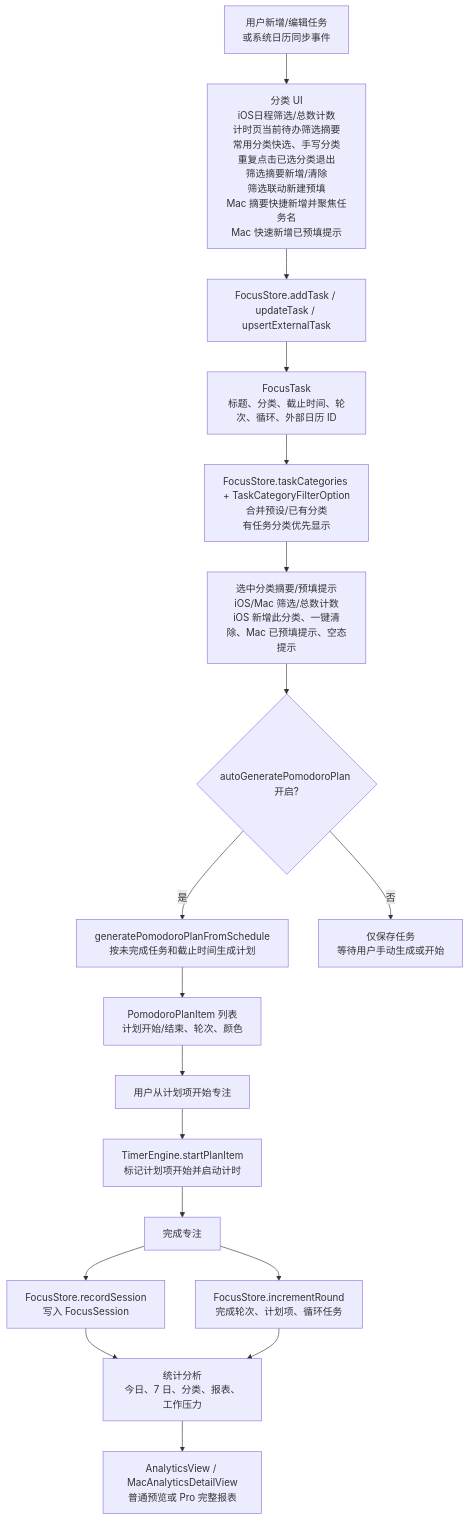
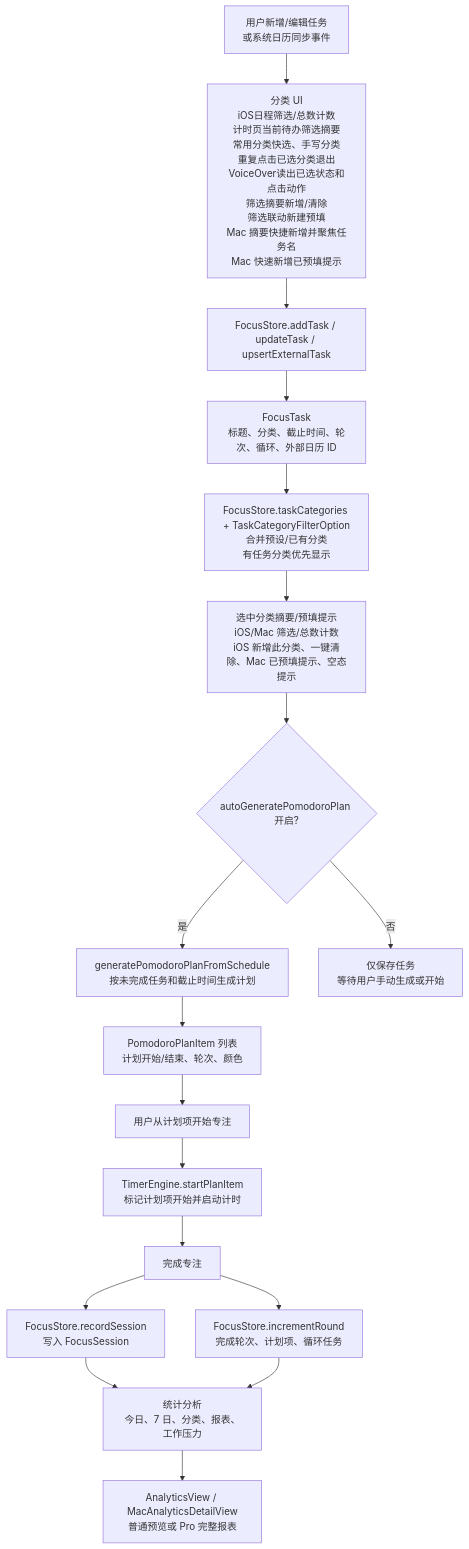
One commit to Altman-sam114/114 changed the third of 6 diagrams in md/flow/flowchart.md. Above: the diagram before and after it, drawn with Mermaid. The commit also changed other lines of this file and 9 other files, not shown here.

````diff
--- a/md/flow/flowchart.md
+++ b/md/flow/flowchart.md
@@ -63,20 +63,20 @@
 ```mermaid
 flowchart TD
-  A["用户新增/编辑任务<br/>或系统日历同步事件"] --> P0["分类 UI<br/>iOS日程筛选/总数计数<br/>计时页当前待办筛选摘要<br/>常用分类快选、手写分类<br/>重复点击已选分类退出<br/>筛选摘要新增/清除<br/>筛选联动新建预填<br/>Mac 摘要快捷新增并聚焦任务名<br/>Mac 快速新增已预填提示"]
+  A["用户新增/编辑任务<br/>或系统日历同步事件"] --> P0["分类 UI<br/>iOS日程筛选/总数计数<br/>计时页当前待办筛选摘要<br/>常用分类快选、手写分类<br/>重复点击已选分类退出<br/>VoiceOver读出已选状态和点击动作<br/>筛选摘要新增/清除<br/>筛选联动新建预填<br/>Mac 摘要快捷新增并聚焦任务名<br/>Mac 快速新增已预填提示"]
   P0 --> B["FocusStore.addTask / updateTask / upsertExternalTask"]
   B --> C["FocusTask<br/>标题、分类、截止时间、轮次、循环、外部日历 ID"]
   C --> C2["FocusStore.taskCategories + TaskCategoryFilterOption<br/>合并预设/已有分类<br/>有任务分类优先显示"]
   C2 --> C3["选中分类摘要/预填提示<br/>iOS/Mac 筛选/总数计数<br/>iOS 新增此分类、一键清除、Mac 已预填提示、空态提示"]
   C3 --> D{"autoGeneratePomodoroPlan 开启?"}
   D -->|是| E["generatePomodoroPlanFromSchedule<br/>按未完成任务和截止时间生成计划"]
   D -->|否| F["仅保存任务<br/>等待用户手动生成或开始"]
   E --> G["PomodoroPlanItem 列表<br/>计划开始/结束、轮次、颜色"]
   G --> H["用户从计划项开始专注"]
   H --> I["TimerEngine.startPlanItem<br/>标记计划项开始并启动计时"]
   I --> J["完成专注"]
   J --> K["FocusStore.incrementRound<br/>完成轮次、计划项、循环任务"]
   J --> L["FocusStore.recordSession<br/>写入 FocusSession"]
   L --> M["统计分析<br/>今日、7 日、分类、报表、工作压力"]
   K --> M
   M --> N["AnalyticsView / MacAnalyticsDetailView<br/>普通预览或 Pro 完整报表"]
 ```
````
